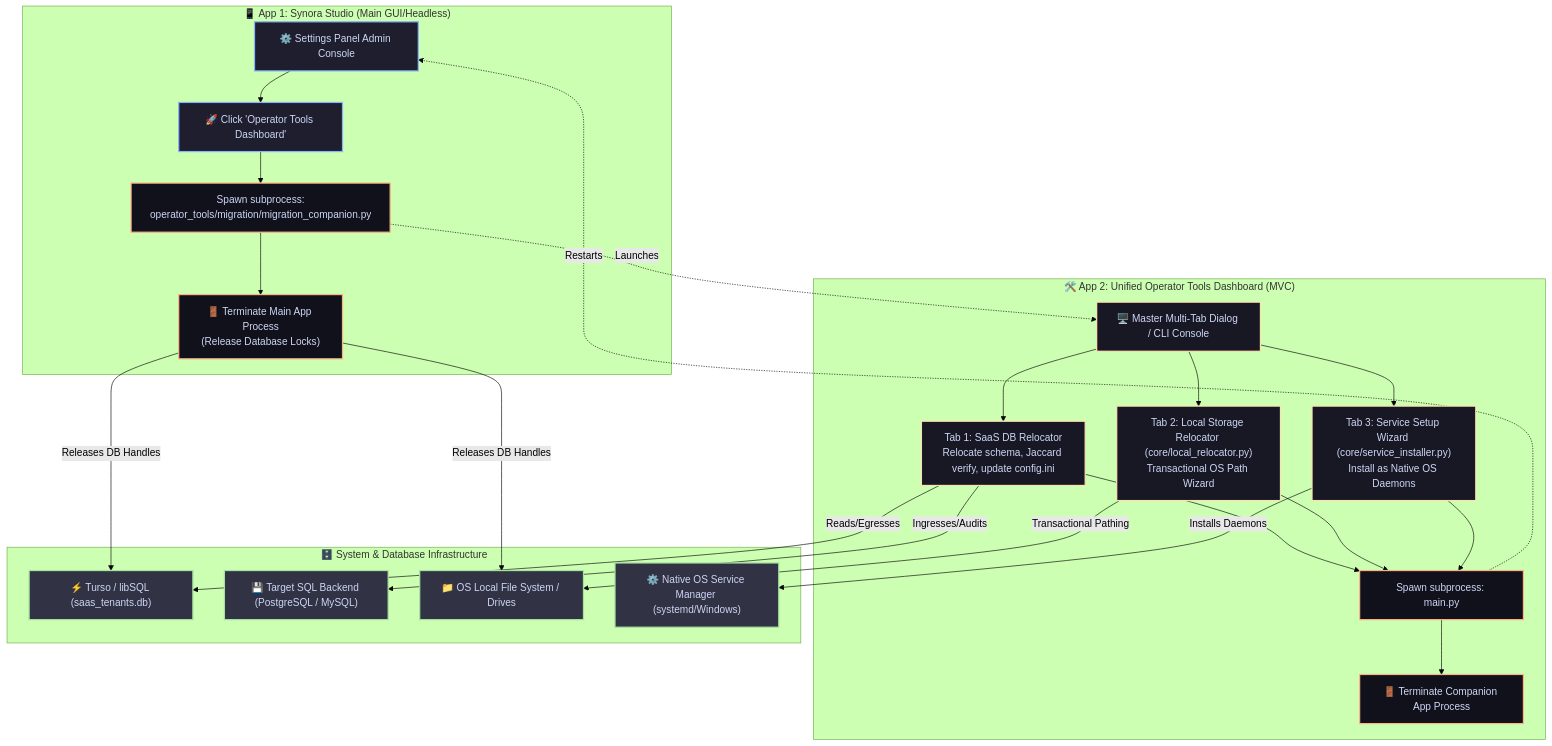
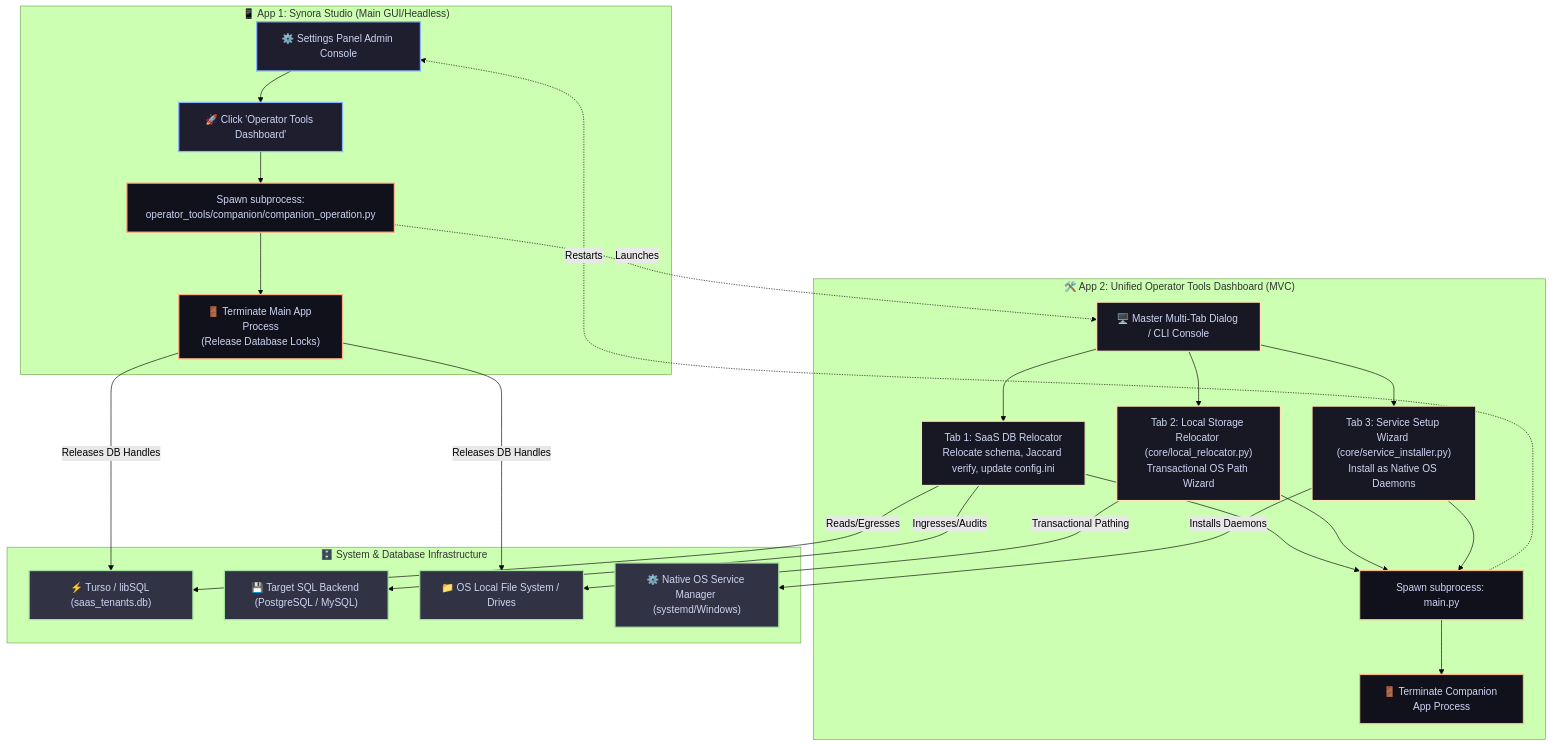
One commit to Arean82/llm_chat_app changed the diagram in server/resources/migration_companion_arch.mermaid. Above: the diagram before and after it, drawn with Mermaid (forest theme). The commit also changed 41 other files, not shown here.

```diff
--- a/server/resources/migration_companion_arch.mermaid
+++ b/server/resources/migration_companion_arch.mermaid
@@ -1,61 +1,61 @@
 flowchart TD
     %% Styling Classes
     classDef main fill:#1e1e2e,stroke:#89b4fa,stroke-width:2px,color:#cdd6f4;
     classDef companion fill:#181825,stroke:#f9e2af,stroke-width:2px,color:#cdd6f4;
     classDef storage fill:#313244,stroke:#a6e3a1,stroke-width:2px,color:#cdd6f4;
     classDef process fill:#11111b,stroke:#fab387,stroke-width:2px,color:#cdd6f4;
 
     subgraph App1 ["📱 App 1: Synora Studio (Main GUI/Headless)"]
         UI["⚙️ Settings Panel Admin Console"]:::main
         Trigger["🚀 Click 'Operator Tools Dashboard'"]:::main
-        Spawn["Spawn subprocess:<br>operator_tools/migration/migration_companion.py"]:::process
+        Spawn["Spawn subprocess:<br>operator_tools/companion/companion_operation.py"]:::process
         Close["🚪 Terminate Main App Process<br>(Release Database Locks)"]:::process
     end
 
     subgraph App2 ["🛠️ App 2: Unified Operator Tools Dashboard (MVC)"]
         CompanionUI["🖥️ Master Multi-Tab Dialog / CLI Console"]:::companion
         
         %% Tab 1
         SaaSMigrate["Tab 1: SaaS DB Relocator<br>Relocate schema, Jaccard verify, update config.ini"]:::companion
         
         %% Tab 2
         LocalReloc["Tab 2: Local Storage Relocator (core/local_relocator.py)<br>Transactional OS Path Wizard"]:::companion
         
         %% Tab 3
         SvcInstall["Tab 3: Service Setup Wizard (core/service_installer.py)<br>Install as Native OS Daemons"]:::companion
 
         Relaunch["Spawn subprocess: main.py"]:::process
         Exit["🚪 Terminate Companion App Process"]:::process
     end
 
     subgraph Infrastructure ["🗄️ System & Database Infrastructure"]
         Turso["⚡ Turso / libSQL (saas_tenants.db)"]:::storage
         EnterpriseSQL["💾 Target SQL Backend (PostgreSQL / MySQL)"]:::storage
         FileSystem["📁 OS Local File System / Drives"]:::storage
         OSService["⚙️ Native OS Service Manager (systemd/Windows)"]:::storage
     end
 
     UI --> Trigger
     Trigger --> Spawn
     Spawn --> Close
     Close -->|Releases DB Handles| Turso
     Close -->|Releases DB Handles| FileSystem
     Spawn -.->|Launches| CompanionUI
     
     CompanionUI --> SaaSMigrate
     CompanionUI --> LocalReloc
     CompanionUI --> SvcInstall
     
     SaaSMigrate -->|Reads/Egresses| Turso
     SaaSMigrate -->|Ingresses/Audits| EnterpriseSQL
     
     LocalReloc -->|Transactional Pathing| FileSystem
     
     SvcInstall -->|Installs Daemons| OSService
 
     SaaSMigrate --> Relaunch
     LocalReloc --> Relaunch
     SvcInstall --> Relaunch
 
     Relaunch --> Exit
     Relaunch -.->|Restarts| UI
```
